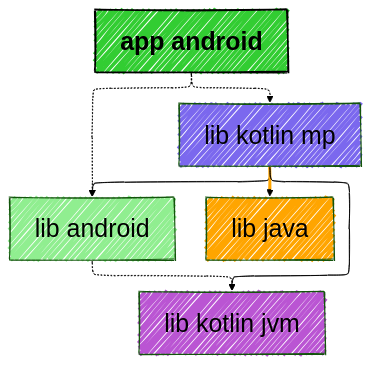
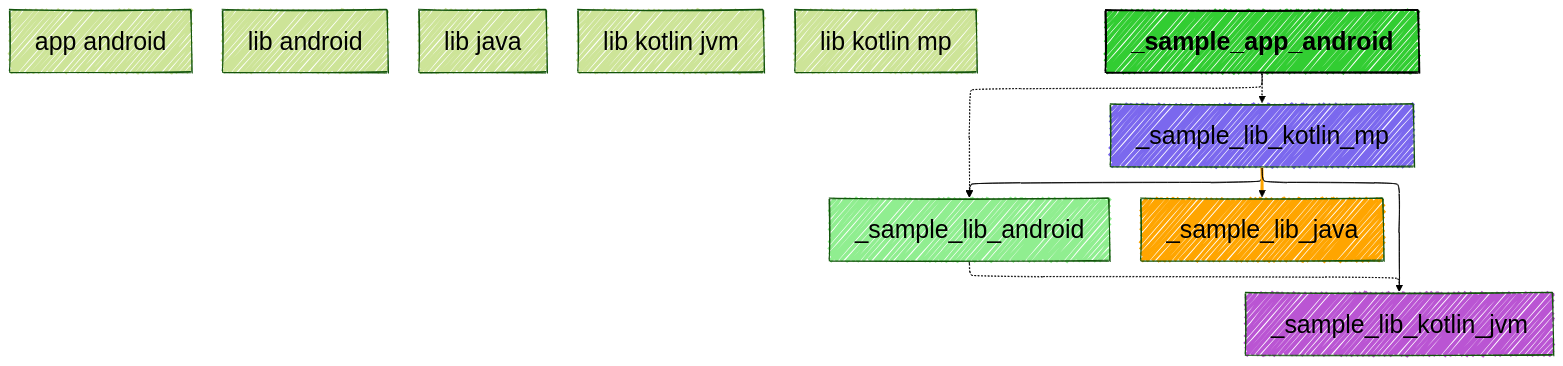
One commit to jonapoul/atlas changed the diagram in samples/sample-mermaid/sample-app-android/modular/chart.mmd. Above: the diagram before and after it, drawn with Mermaid. The commit also changed 15 other files, not shown here.

Commit message:
Group modules in mermaid (#169)

```diff
--- a/samples/sample-mermaid/sample-app-android/modular/chart.mmd
+++ b/samples/sample-mermaid/sample-app-android/modular/chart.mmd
@@ -1,39 +1,39 @@
 ---
 config:
   layout: elk
   look: handDrawn
   theme: forest
   elk:
     mergeEdges: true
     forceNodeModelOrder: true
     nodePlacementStrategy: LINEAR_SEGMENTS
     cycleBreakingStrategy: INTERACTIVE
     considerModelOrder: PREFER_EDGES
   themeVariables:
     background: #FFF
     fontFamily: arial
     lineColor: #55FF55
     primaryBorderColor: #FF5555
     primaryColor: #ABC123
     darkMode: true
     fontSize: 30px
     defaultLinkColor: #5555FF
 ---
 graph TD
-  _sample_app_android["app android"]
-  _sample_lib_android["lib android"]
-  _sample_lib_java["lib java"]
-  _sample_lib_kotlin_jvm["lib kotlin jvm"]
-  _sample_lib_kotlin_mp["lib kotlin mp"]
+  app_android["app android"]
+  lib_android["lib android"]
+  lib_java["lib java"]
+  lib_kotlin_jvm["lib kotlin jvm"]
+  lib_kotlin_mp["lib kotlin mp"]
   style _sample_app_android fill:limegreen,color:black,font-weight:bold,stroke:black,stroke-width:2px
   style _sample_lib_android fill:lightgreen,color:black
   style _sample_lib_java fill:orange,color:black
   style _sample_lib_kotlin_jvm fill:mediumorchid,color:black
   style _sample_lib_kotlin_mp fill:mediumslateblue,color:black
   _sample_app_android -.-> _sample_lib_android
   _sample_app_android -.-> _sample_lib_kotlin_mp
   _sample_lib_android -.-> _sample_lib_kotlin_jvm
   _sample_lib_kotlin_mp --> _sample_lib_android
   _sample_lib_kotlin_mp ==> _sample_lib_java
   linkStyle 4 stroke:orange
   _sample_lib_kotlin_mp --> _sample_lib_kotlin_jvm
```
